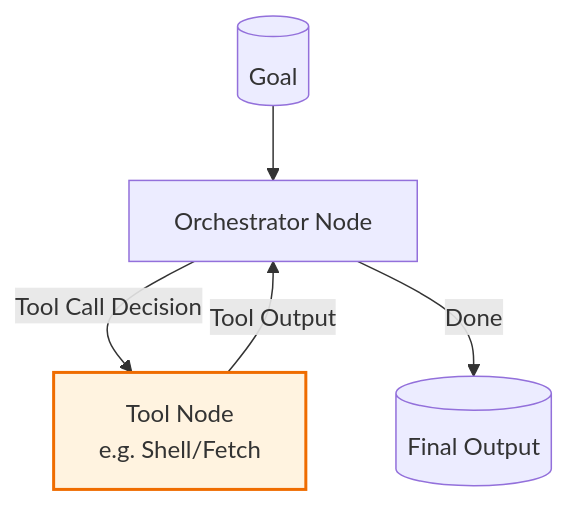
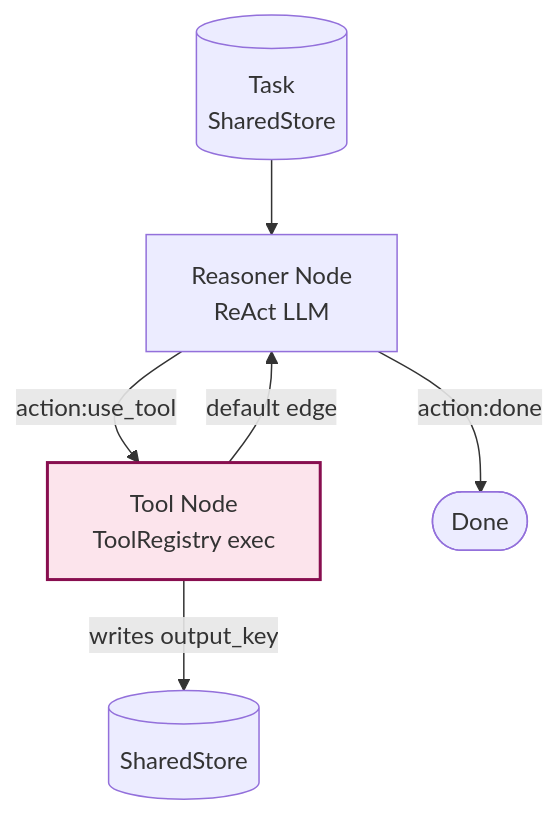
One commit to EzekTec-Inc/AgentFlow changed the diagram in examples/ORCHESTRATOR_WITH_TOOLS.md. Above: the diagram before and after it, drawn with Mermaid. The commit also changed other lines of this file and 23 other files, not shown here.

````diff
--- a/examples/ORCHESTRATOR_WITH_TOOLS.md
+++ b/examples/ORCHESTRATOR_WITH_TOOLS.md
@@ -23,10 +31,11 @@
 ```mermaid
 graph TD
-    Goal[(Goal)] --> Planner[Orchestrator Node]
-    Planner -->|Tool Call Decision| Tool[Tool Node<br>e.g. Shell/Fetch]
-    Tool -->|Tool Output| Planner
-    Planner -->|Done| Final[(Final Output)]
-    
-    classDef tool fill:#fff3e0,stroke:#ef6c00,stroke-width:2px;
-    class Tool tool;
+    Task[(Task<br>SharedStore)] --> Reasoner[Reasoner Node<br>ReAct LLM]
+    Reasoner -->|action:use_tool| ToolNode[Tool Node<br>ToolRegistry exec]
+    Reasoner -->|action:done| End([Done])
+    ToolNode -->|default edge| Reasoner
+    ToolNode -->|writes output_key| Store[(SharedStore)]
+
+    classDef secure fill:#fce4ec,stroke:#880e4f,stroke-width:2px;
+    class ToolNode secure;
 ```
````
